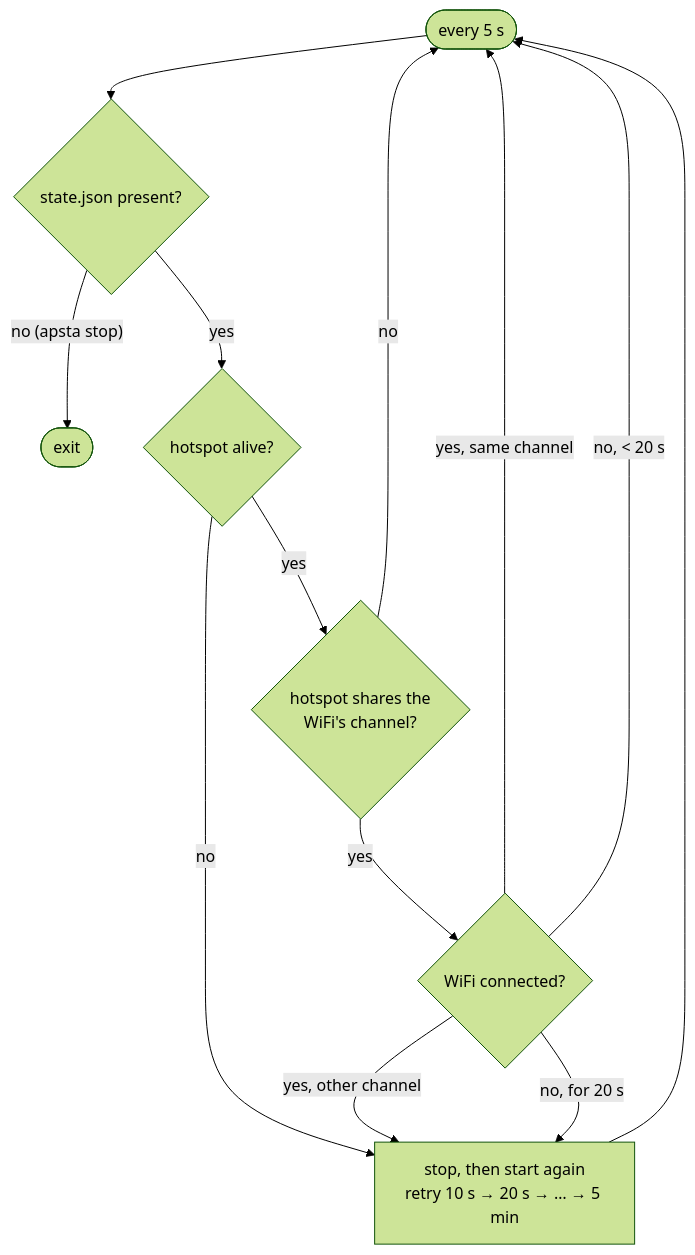
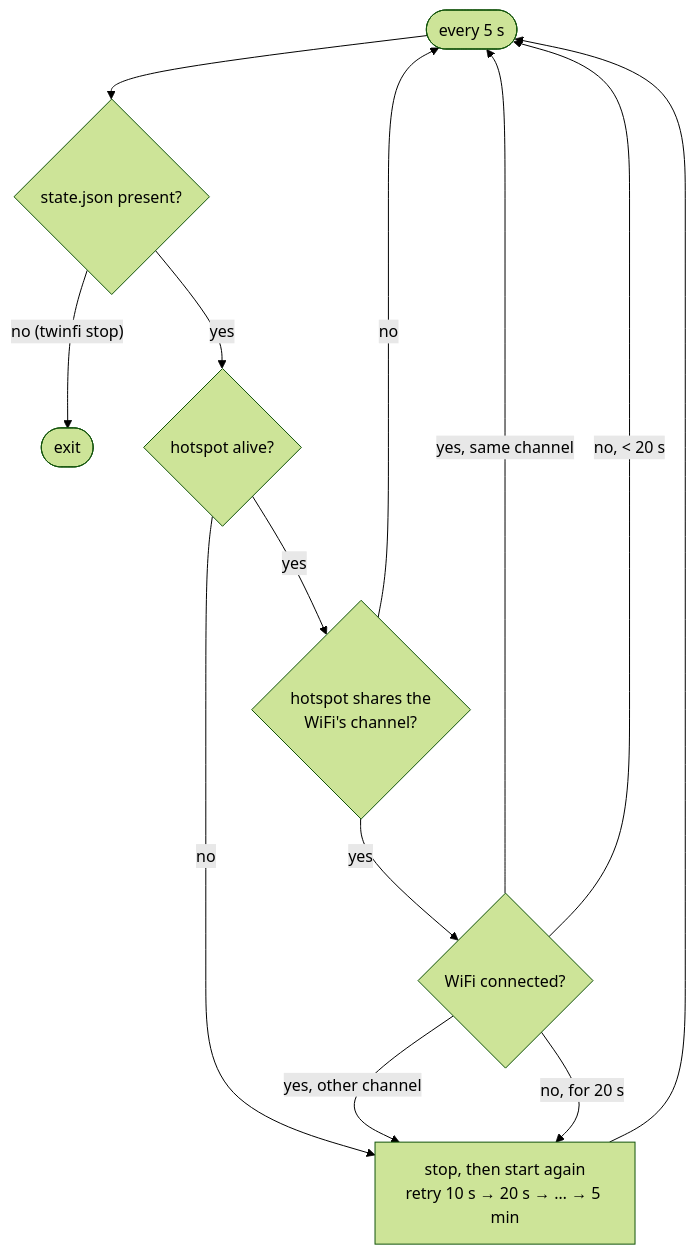
Before and after one commit to krotrn/apsta: the third of 4 diagrams in docs/ARCHITECTURE.md, drawn with Mermaid (forest theme). The commit also changed other lines of this file and 204 other files, not shown here.

First line of the commit message:
feat!: rename apsta to twinfi

````diff
--- a/docs/ARCHITECTURE.md
+++ b/docs/ARCHITECTURE.md
@@ -154,15 +154,15 @@
 ```mermaid
 flowchart TD
     Poll(["every 5 s"]) --> St{"state.json present?"}
-    St -- "no (apsta stop)" --> Exit(["exit"])
+    St -- "no (twinfi stop)" --> Exit(["exit"])
     St -- "yes" --> Alive{"hotspot alive?"}
     Alive -- "no" --> Restart
     Alive -- "yes" --> Same{"hotspot shares the<br/>WiFi's channel?"}
     Same -- "no" --> Poll
     Same -- "yes" --> Link{"WiFi connected?"}
     Link -- "yes, same channel" --> Poll
     Link -- "yes, other channel" --> Restart
     Link -- "no, for 20 s" --> Restart
     Link -- "no, < 20 s" --> Poll
     Restart["stop, then start again<br/>retry 10 s → 20 s → … → 5 min"] --> Poll
 ```
````
